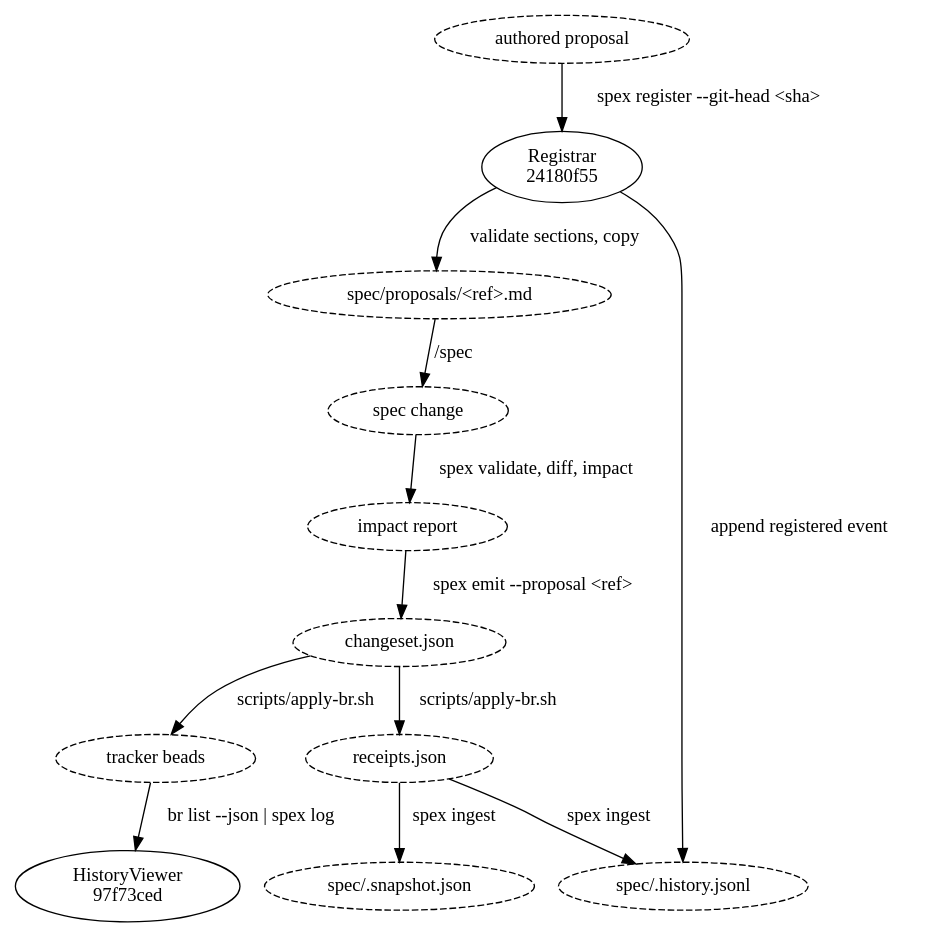
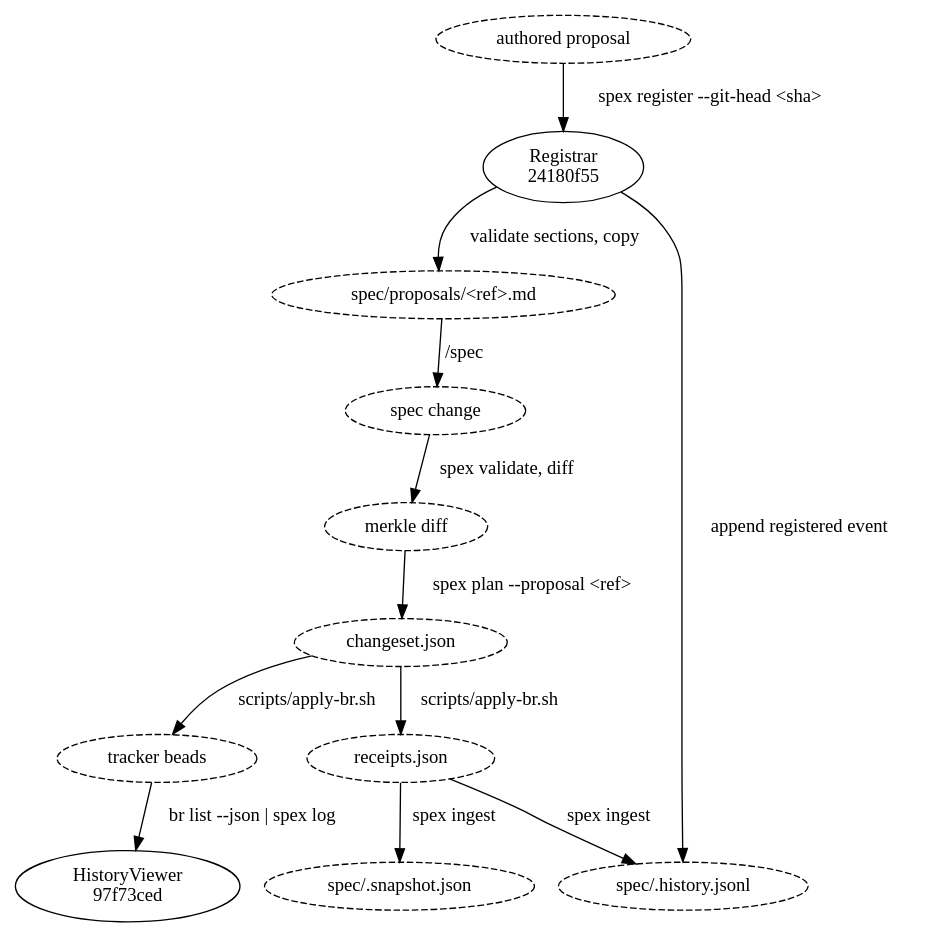
Before and after one commit to dmitriyb/spexmachina: the diagram in spec/proposal/flow_proposal_lifecycle.md, drawn with Graphviz. The commit also changed other lines of this file and 74 other files, not shown here.

First line of the commit message:
spec: plan module replaces impact+emit; retarget and absorb riders

````diff
--- a/spec/proposal/flow_proposal_lifecycle.md
+++ b/spec/proposal/flow_proposal_lifecycle.md
@@ -5,27 +5,27 @@
 ```dot
 digraph proposal_lifecycle {
     "authored proposal"       [style=dashed];
     "24180f55c0b4"            [label="Registrar\n24180f55"];
     "spec/proposals/<ref>.md" [style=dashed];
     "spec change"             [style=dashed];
-    "impact report"           [style=dashed];
+    "merkle diff"             [style=dashed];
     "changeset.json"          [style=dashed];
     "receipts.json"           [style=dashed];
     "tracker beads"           [style=dashed];
     "spec/.history.jsonl"     [style=dashed];
     "spec/.snapshot.json"     [style=dashed];
     "97f73ced5a02"            [label="HistoryViewer\n97f73ced"];
 
     "authored proposal"       -> "24180f55c0b4"            [label="spex register --git-head <sha>"];
     "24180f55c0b4"            -> "spec/.history.jsonl"     [label="append registered event"];
     "24180f55c0b4"            -> "spec/proposals/<ref>.md" [label="validate sections, copy"];
     "spec/proposals/<ref>.md" -> "spec change"             [label="/spec"];
-    "spec change"             -> "impact report"           [label="spex validate, diff, impact"];
-    "impact report"           -> "changeset.json"          [label="spex emit --proposal <ref>"];
+    "spec change"             -> "merkle diff"             [label="spex validate, diff"];
+    "merkle diff"             -> "changeset.json"          [label="spex plan --proposal <ref>"];
     "changeset.json"          -> "tracker beads"           [label="scripts/apply-br.sh"];
     "changeset.json"          -> "receipts.json"           [label="scripts/apply-br.sh"];
     "receipts.json"           -> "spec/.history.jsonl"     [label="spex ingest"];
     "receipts.json"           -> "spec/.snapshot.json"     [label="spex ingest"];
     "tracker beads"           -> "97f73ced5a02"            [label="br list --json | spex log"];
 }
 ```
````
